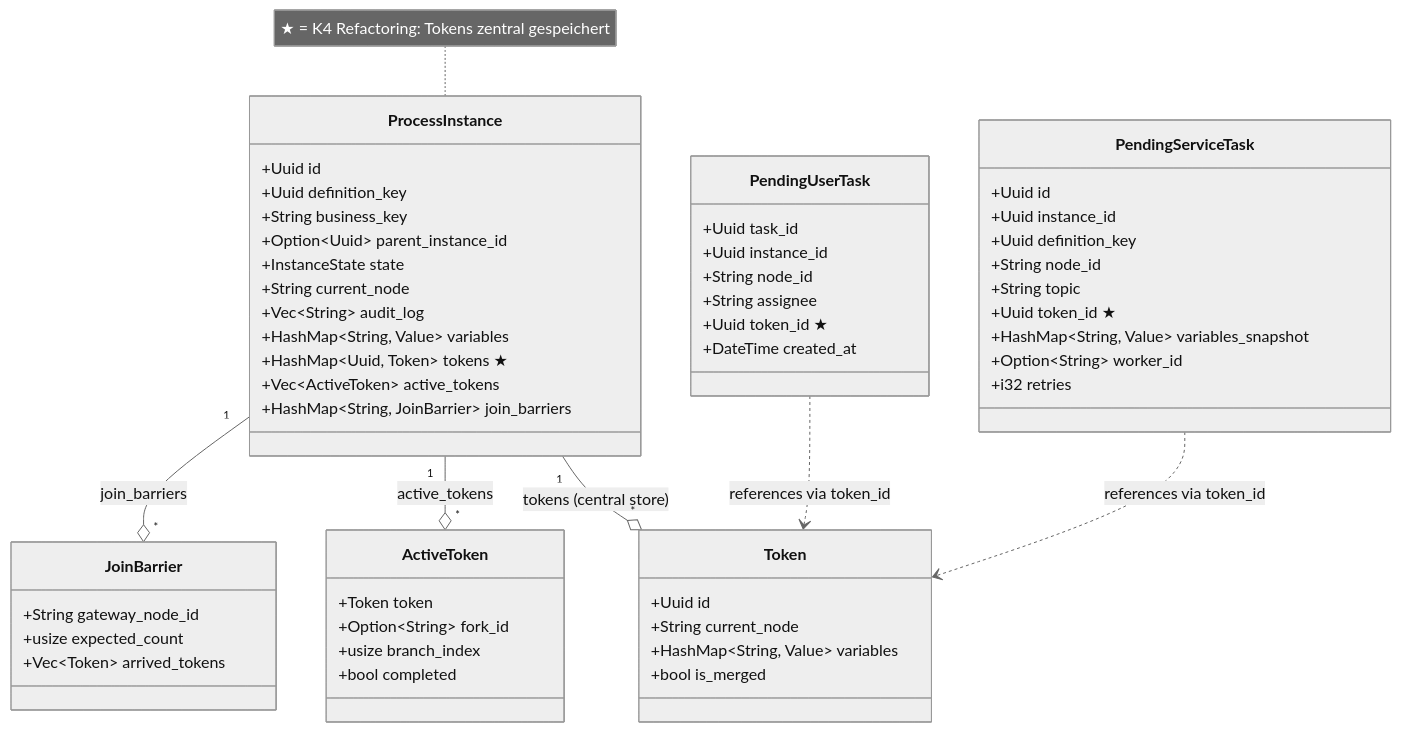
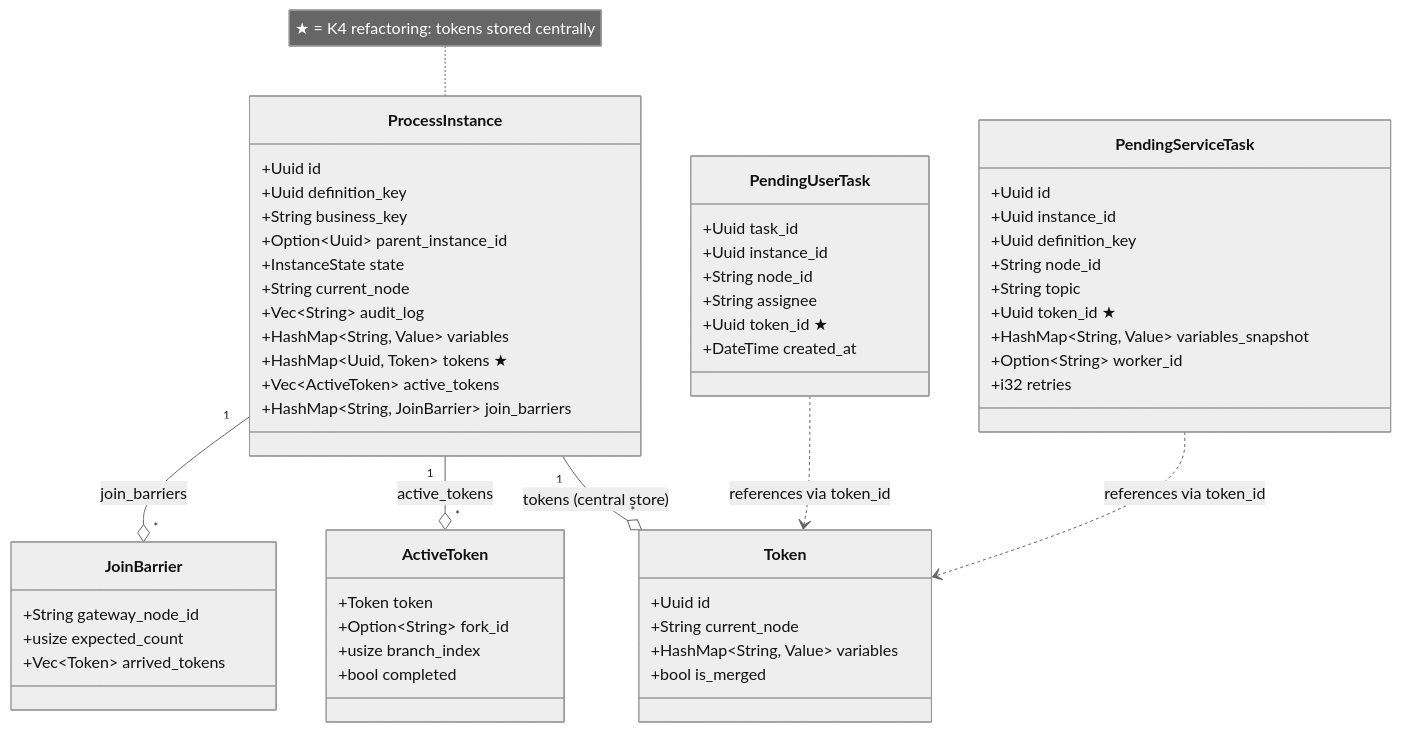
The third of 8 diagrams in docs/architecture.md (maatini/bpmninja), drawn with Mermaid (neutral theme) before and after one commit. The commit also changed other lines of this file and 2 other files, not shown here.

Commit message:
docs: translate README and architecture documentation from German to English

````diff
--- a/docs/architecture.md
+++ b/docs/architecture.md
@@ -160,65 +160,65 @@
 ```mermaid
 classDiagram
     class ProcessInstance {
         +Uuid id
         +Uuid definition_key
         +String business_key
         +Option~Uuid~ parent_instance_id
         +InstanceState state
         +String current_node
         +Vec~String~ audit_log
         +HashMap~String, Value~ variables
         +HashMap~Uuid, Token~ tokens ★
         +Vec~ActiveToken~ active_tokens
         +HashMap~String, JoinBarrier~ join_barriers
     }
 
     class Token {
         +Uuid id
         +String current_node
         +HashMap~String, Value~ variables
         +bool is_merged
     }
 
     class ActiveToken {
         +Token token
         +Option~String~ fork_id
         +usize branch_index
         +bool completed
     }
 
     class JoinBarrier {
         +String gateway_node_id
         +usize expected_count
         +Vec~Token~ arrived_tokens
     }
 
     class PendingUserTask {
         +Uuid task_id
         +Uuid instance_id
         +String node_id
         +String assignee
         +Uuid token_id ★
         +DateTime created_at
     }
 
     class PendingServiceTask {
         +Uuid id
         +Uuid instance_id
         +Uuid definition_key
         +String node_id
         +String topic
         +Uuid token_id ★
         +HashMap~String, Value~ variables_snapshot
         +Option~String~ worker_id
         +i32 retries
     }
 
     ProcessInstance "1" --o "*" Token : tokens (central store)
     ProcessInstance "1" --o "*" ActiveToken : active_tokens
     ProcessInstance "1" --o "*" JoinBarrier : join_barriers
     PendingUserTask ..> Token : references via token_id
     PendingServiceTask ..> Token : references via token_id
 
-    note for ProcessInstance "★ = K4 Refactoring: Tokens zentral gespeichert"
+    note for ProcessInstance "★ = K4 refactoring: tokens stored centrally"
 ```
````
